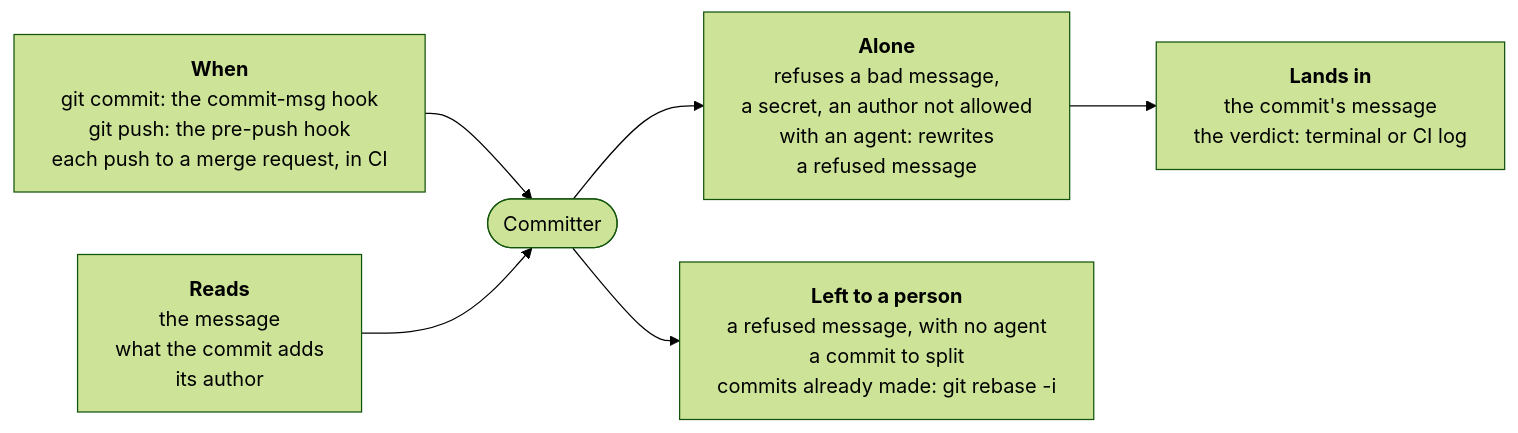
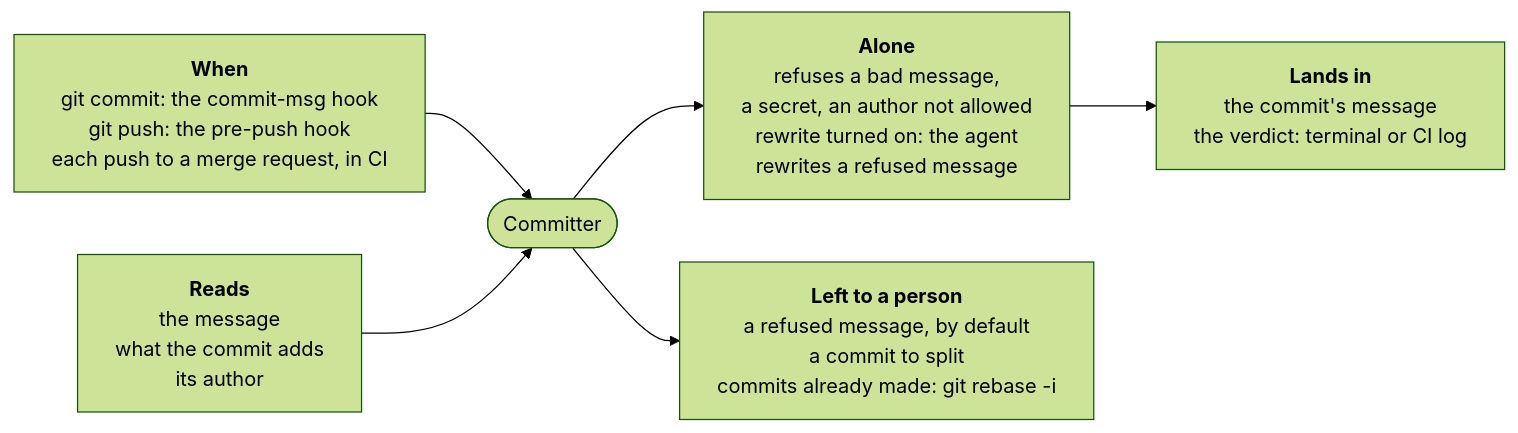
Before and after one commit to JN0V/workline: the diagram in roles/committer/README.md, drawn with Mermaid (forest theme). The commit also changed other lines of this file and 39 other files, not shown here.

Commit message:
feat(committer): make the agent's rewrite at a commit opt-in

````diff
--- a/roles/committer/README.md
+++ b/roles/committer/README.md
@@ -8,14 +8,14 @@
 ```mermaid
 %%{init: {"flowchart": {"wrappingWidth": 400}}}%%
 flowchart LR
   when["<b>When</b><br/>git commit: the commit-msg hook<br/>git push: the pre-push hook<br/>each push to a merge request, in CI"]
   reads["<b>Reads</b><br/>the message<br/>what the commit adds<br/>its author"]
   role(["Committer"])
-  alone["<b>Alone</b><br/>refuses a bad message,<br/>a secret, an author not allowed<br/>with an agent: rewrites<br/>a refused message"]
-  person["<b>Left to a person</b><br/>a refused message, with no agent<br/>a commit to split<br/>commits already made: git rebase -i"]
+  alone["<b>Alone</b><br/>refuses a bad message,<br/>a secret, an author not allowed<br/>rewrite turned on: the agent<br/>rewrites a refused message"]
+  person["<b>Left to a person</b><br/>a refused message, by default<br/>a commit to split<br/>commits already made: git rebase -i"]
   out["<b>Lands in</b><br/>the commit's message<br/>the verdict: terminal or CI log"]
   when --> role
   reads --> role
   role --> alone --> out
   role --> person
 ```
````
